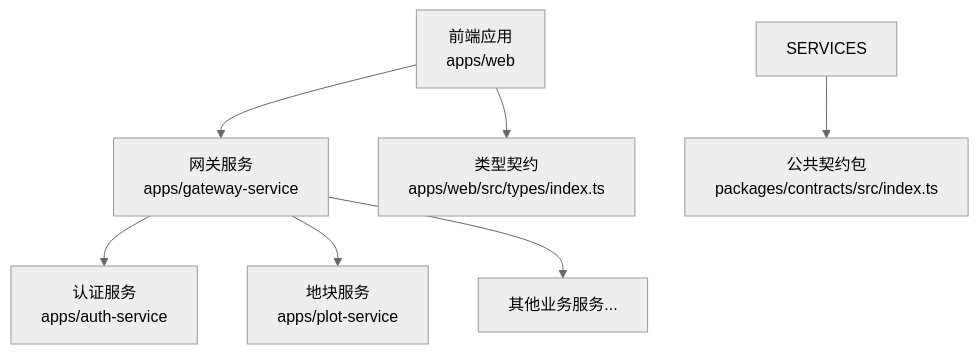
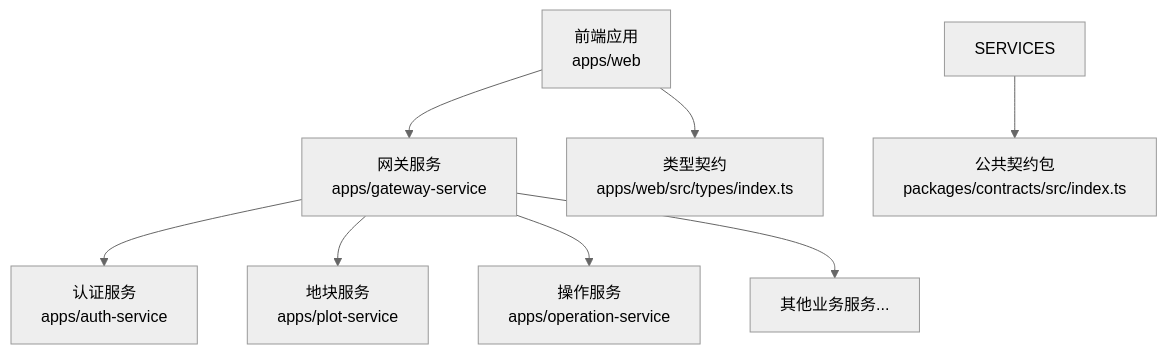
Before and after one commit to q446328246/agri-platform: the first of 12 diagrams in .qoder/repowiki/zh/content/前端应用文档/API集成.md, drawn with Mermaid (neutral theme). The commit also changed other lines of this file and 68 other files, not shown here.

````diff
--- a/.qoder/repowiki/zh/content/前端应用文档/API集成.md
+++ b/.qoder/repowiki/zh/content/前端应用文档/API集成.md
@@ -45,9 +63,10 @@
 ```mermaid
 graph TB
 FE["前端应用<br/>apps/web"] --> GW["网关服务<br/>apps/gateway-service"]
 GW --> AUTH["认证服务<br/>apps/auth-service"]
 GW --> PLOT["地块服务<br/>apps/plot-service"]
+GW --> OPERATION["操作服务<br/>apps/operation-service"]
 GW --> OTHER["其他业务服务..."]
 FE --> TYPES["类型契约<br/>apps/web/src/types/index.ts"]
 SERVICES --> CONTRACTS["公共契约包<br/>packages/contracts/src/index.ts"]
 ```
````
